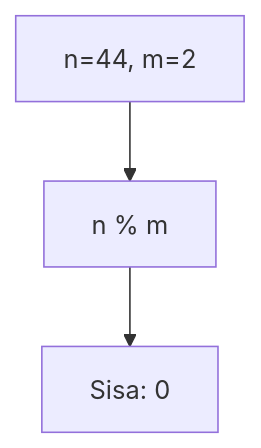
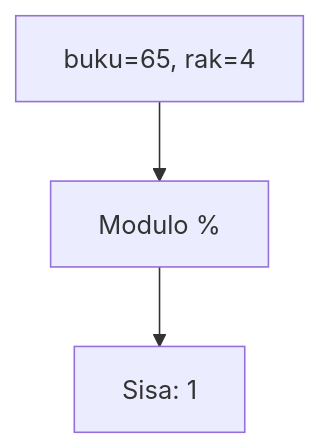
Before and after one commit to amnahwaida/OSNK_INF_PREP: the fifth of 25 diagrams in part-c-pemahaman-cpp/01-tipe-data/latihan/set-09.md, drawn with Mermaid. The commit also changed other lines of this file and 71 other files, not shown here.

````diff
--- a/part-c-pemahaman-cpp/01-tipe-data/latihan/set-09.md
+++ b/part-c-pemahaman-cpp/01-tipe-data/latihan/set-09.md
@@ -131,5 +136,5 @@
 ```mermaid
 graph TD
-A["n=44, m=2"] --> B["n % m"]
-B --> C["Sisa: 0"]
+A["buku=65, rak=4"] --> B["Modulo %"]
+B --> C["Sisa: 1"]
 ```
````
